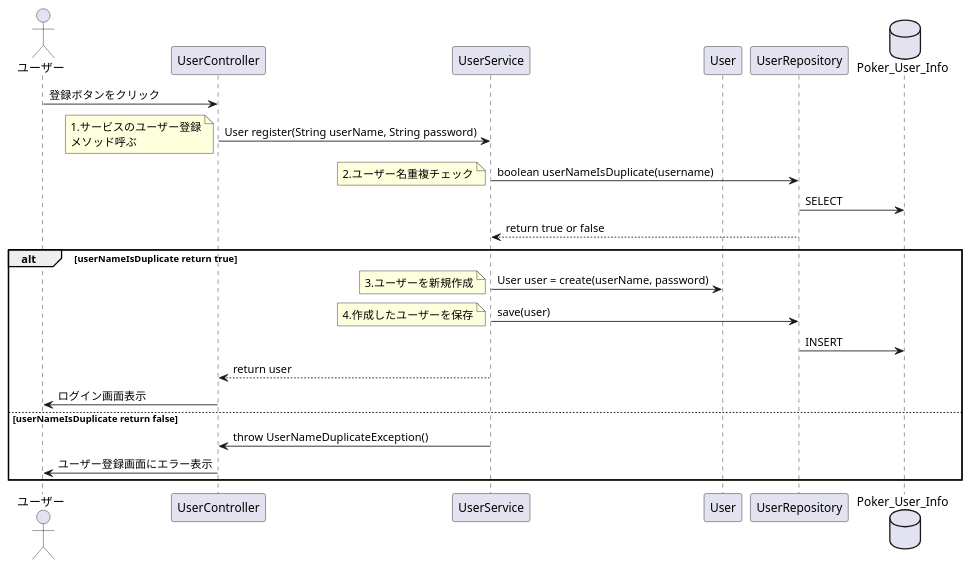
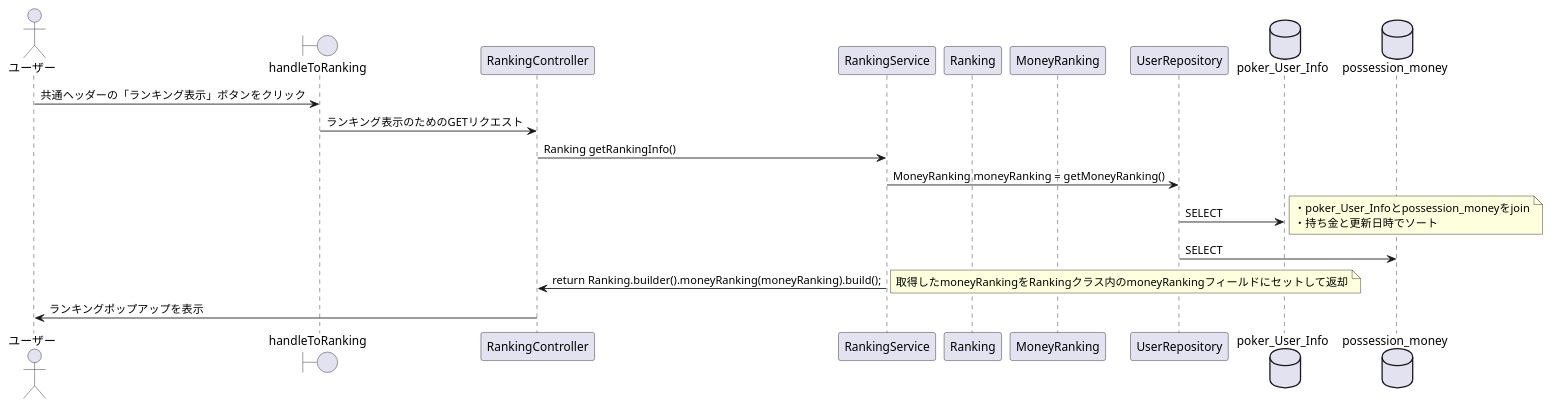
The diagram in docs/詳細設計/シーケンス図/ランキング/ランキングを表示する(シーケンス図).puml (CSTSCSTS/UserAp), drawn with PlantUML before and after one commit. The commit also changed 6 other files, not shown here.

Commit message:
ユーザー登録以外のシーケンス図を作成・修正

```diff
--- a/docs/詳細設計/シーケンス図/ランキング/ランキングを表示する(シーケンス図).puml
+++ b/docs/詳細設計/シーケンス図/ランキング/ランキングを表示する(シーケンス図).puml
@@ -1,31 +1,26 @@
 @startuml
 
 actor ユーザー
 
-participant UserController
-participant UserService
-participant User
+boundary handleToRanking
+participant RankingController
+participant RankingService
+participant Ranking
+participant MoneyRanking
 participant UserRepository
-database Poker_User_Info
+database poker_User_Info
+database possession_money
 
-ユーザー -> UserController : 登録ボタンをクリック
-UserController -> UserService : User register(String userName, String password)
-note left: 1.サービスのユーザー登録\nメソッド呼ぶ
-UserService -> UserRepository : boolean userNameIsDuplicate(username)
-note left: 2.ユーザー名重複チェック
-UserRepository -> Poker_User_Info : SELECT
-UserRepository --> UserService : return true or false
-alt userNameIsDuplicate return true
-  UserService -> User : User user = create(userName, password)
-  note left: 3.ユーザーを新規作成
-  UserService -> UserRepository : save(user)
-  note left: 4.作成したユーザーを保存
-  UserRepository -> Poker_User_Info : INSERT
-  UserService --> UserController : return user
-  UserController -> ユーザー : ログイン画面表示
-else userNameIsDuplicate return false
-  UserService -> UserController : throw UserNameDuplicateException()
-  UserController -> ユーザー : ユーザー登録画面にエラー表示
-end
+ユーザー -> handleToRanking : 共通ヘッダーの「ランキング表示」ボタンをクリック
+handleToRanking -> RankingController : ランキング表示のためのGETリクエスト
+RankingController -> RankingService : Ranking getRankingInfo()
+RankingService -> UserRepository : MoneyRanking moneyRanking = getMoneyRanking()
+UserRepository -> poker_User_Info : SELECT
+note right : ・poker_User_Infoとpossession_moneyをjoin\n・持ち金と更新日時でソート
+UserRepository -> possession_money : SELECT
+RankingService -> RankingController : return Ranking.builder().moneyRanking(moneyRanking).build();
+note right : 取得したmoneyRankingをRankingクラス内のmoneyRankingフィールドにセットして返却
+RankingController -> ユーザー : ランキングポップアップを表示
+
 
 @enduml
```
